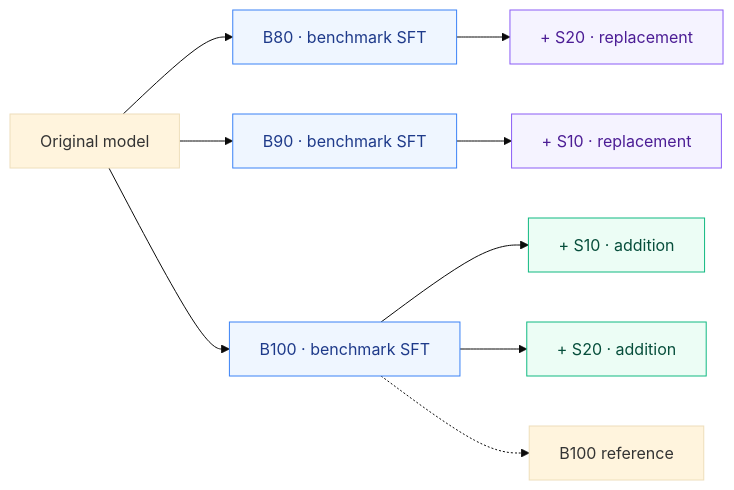
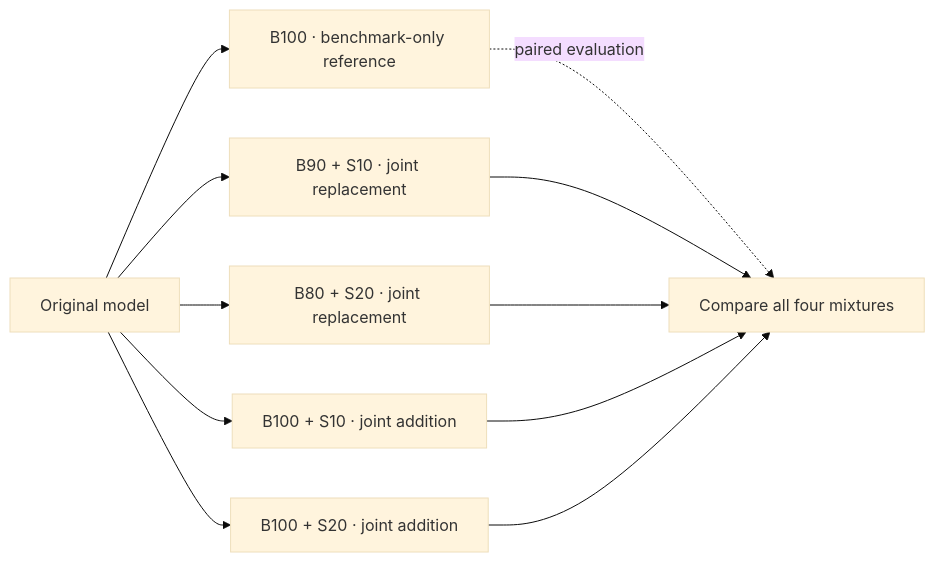
The diagram in README.md (leobumjin/synthetic-joint-training), drawn with Mermaid (base theme) before and after one commit. The commit also changed other lines of this file and 16 other files, not shown here.

````diff
--- a/README.md
+++ b/README.md
@@ -117,18 +118,13 @@
 ```mermaid
 flowchart LR
-    M["Original model"] --> B80["B80 · benchmark SFT"]
-    M --> B90["B90 · benchmark SFT"]
-    M --> B100["B100 · benchmark SFT"]
-    B80 --> R20["+ S20 · replacement"]
-    B90 --> R10["+ S10 · replacement"]
-    B100 --> A10["+ S10 · addition"]
-    B100 --> A20["+ S20 · addition"]
-    B100 -.-> REF["B100 reference"]
-
-    classDef base fill:#eff6ff,stroke:#3b82f6,color:#1e3a8a
-    classDef replacement fill:#f5f3ff,stroke:#8b5cf6,color:#4c1d95
-    classDef addition fill:#ecfdf5,stroke:#10b981,color:#064e3b
-    class B80,B90,B100 base
-    class R10,R20 replacement
-    class A10,A20 addition
+    M["Original model"] --> B100["B100 · benchmark-only reference"]
+    M --> R10["B90 + S10 · joint replacement"]
+    M --> R20["B80 + S20 · joint replacement"]
+    M --> A10["B100 + S10 · joint addition"]
+    M --> A20["B100 + S20 · joint addition"]
+    B100 -. "paired evaluation" .-> REF["Compare all four mixtures"]
+    R10 --> REF
+    R20 --> REF
+    A10 --> REF
+    A20 --> REF
 ```
````
